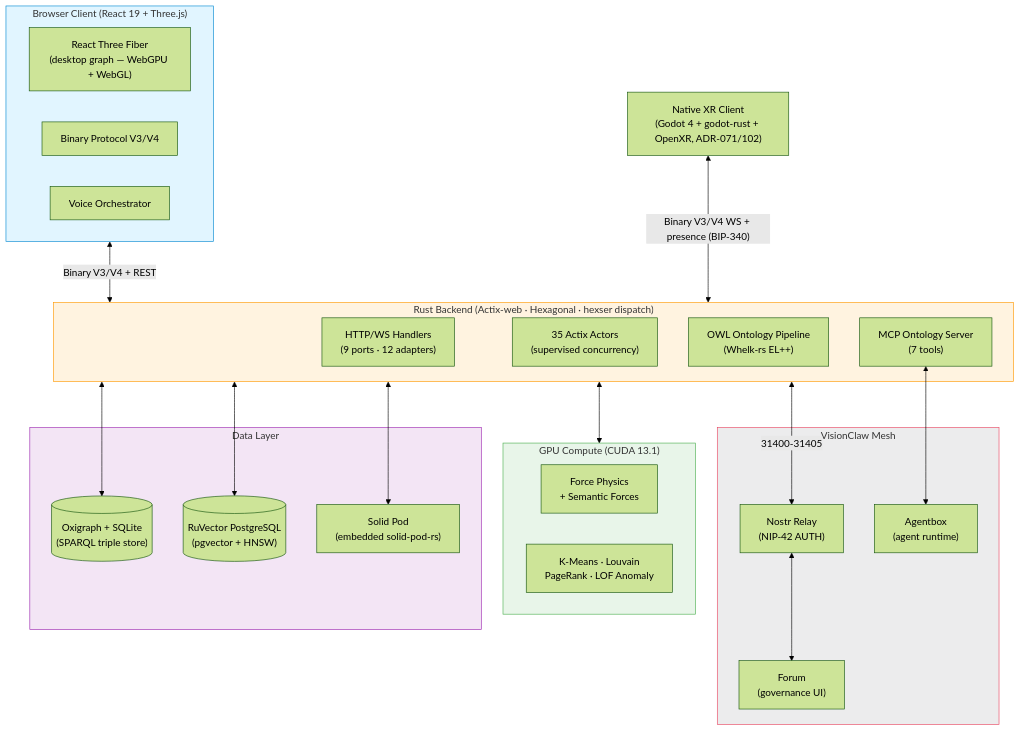
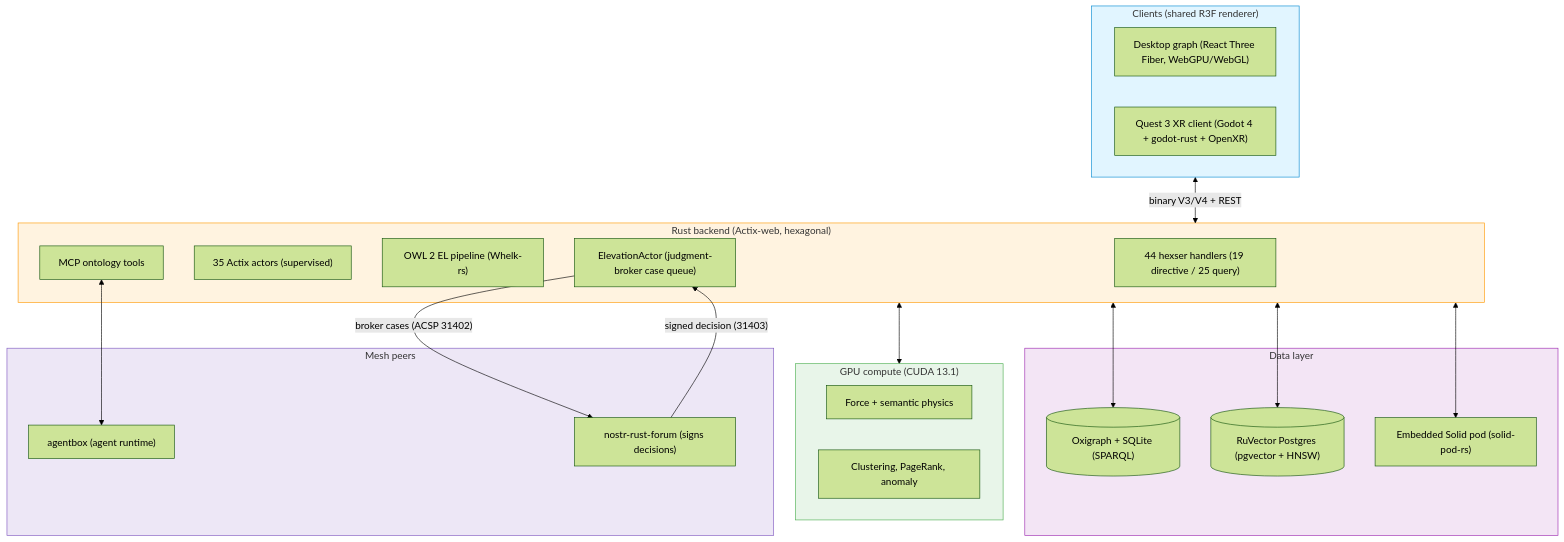
Before and after one commit to DreamLab-AI/AR-AI-Knowledge-Graph: the diagram in README.md, drawn with Mermaid (forest theme). The commit also changed other lines of this file, not shown here.

First line of the commit message:
docs(readme): ecosystem story rewrite + agentbox bump to 7cf35185

````diff
--- a/README.md
+++ b/README.md
@@ -505,50 +56,46 @@
 ```mermaid
 flowchart TB
-    subgraph Client["Browser Client (React 19 + Three.js)"]
-        R3F["React Three Fiber\n(desktop graph — WebGPU + WebGL)"]
-        BinProto["Binary Protocol V3/V4"]
-        Voice["Voice Orchestrator"]
+    subgraph Client["Clients (shared R3F renderer)"]
+        Desktop["Desktop graph (React Three Fiber, WebGPU/WebGL)"]
+        XR["Quest 3 XR client (Godot 4 + godot-rust + OpenXR)"]
     end
 
-    XRClient["Native XR Client\n(Godot 4 + godot-rust + OpenXR, ADR-071/102)"]
-
-    subgraph Server["Rust Backend (Actix-web · Hexagonal · hexser dispatch)"]
-        Handlers["HTTP/WS Handlers\n(9 ports · 12 adapters)"]
-        Actors["35 Actix Actors\n(supervised concurrency)"]
-        Services["OWL Ontology Pipeline\n(Whelk-rs EL++)"]
-        MCP["MCP Ontology Server\n(7 tools)"]
+    subgraph Server["Rust backend (Actix-web, hexagonal)"]
+        Handlers["44 hexser handlers (19 directive / 25 query)"]
+        Actors["35 Actix actors (supervised)"]
+        Ontology["OWL 2 EL pipeline (Whelk-rs)"]
+        Elevation["ElevationActor (judgment-broker case queue)"]
+        MCP["MCP ontology tools"]
     end
 
-    subgraph Data["Data Layer"]
-        Oxigraph[("Oxigraph + SQLite\n(SPARQL triple store)")]
-        RuVector[("RuVector PostgreSQL\n(pgvector + HNSW)")]
-        Solid["Solid Pod\n(embedded solid-pod-rs)"]
+    subgraph Data["Data layer"]
+        Oxigraph[("Oxigraph + SQLite (SPARQL)")]
+        RuVector[("RuVector Postgres (pgvector + HNSW)")]
+        Solid["Embedded Solid pod (solid-pod-rs)"]
     end
 
-    subgraph GPU["GPU Compute (CUDA 13.1)"]
-        Physics["Force Physics\n+ Semantic Forces"]
-        Analytics["K-Means · Louvain\nPageRank · LOF Anomaly"]
+    subgraph GPU["GPU compute (CUDA 13.1)"]
+        Physics["Force + semantic physics"]
+        Analytics["Clustering, PageRank, anomaly"]
     end
 
-    subgraph Mesh["VisionClaw Mesh"]
-        Relay["Nostr Relay\n(NIP-42 AUTH)"]
-        AB["Agentbox\n(agent runtime)"]
-        Forum["Forum\n(governance UI)"]
+    subgraph Mesh["Mesh peers"]
+        AB["agentbox (agent runtime)"]
+        Forum["nostr-rust-forum (signs decisions)"]
     end
 
-    Client <-->|"Binary V3/V4 + REST"| Server
-    XRClient <-->|"Binary V3/V4 WS + presence (BIP-340)"| Server
+    Client <-->|"binary V3/V4 + REST"| Server
     Server <--> Oxigraph
     Server <--> RuVector
     Server <--> Solid
     Server <--> GPU
     MCP <--> AB
-    Server <-->|"31400-31405"| Relay
-    Relay <--> Forum
+    Elevation -->|"broker cases (ACSP 31402)"| Forum
+    Forum -->|"signed decision (31403)"| Elevation
 
     style Client fill:#e1f5ff,stroke:#0288d1
     style Server fill:#fff3e0,stroke:#ff9800
     style Data fill:#f3e5f5,stroke:#9c27b0
     style GPU fill:#e8f5e9,stroke:#4caf50
-    style Mesh fill:#1a1a2e15,stroke:#e94560
+    style Mesh fill:#ede7f6,stroke:#7e57c1
 ```
````
